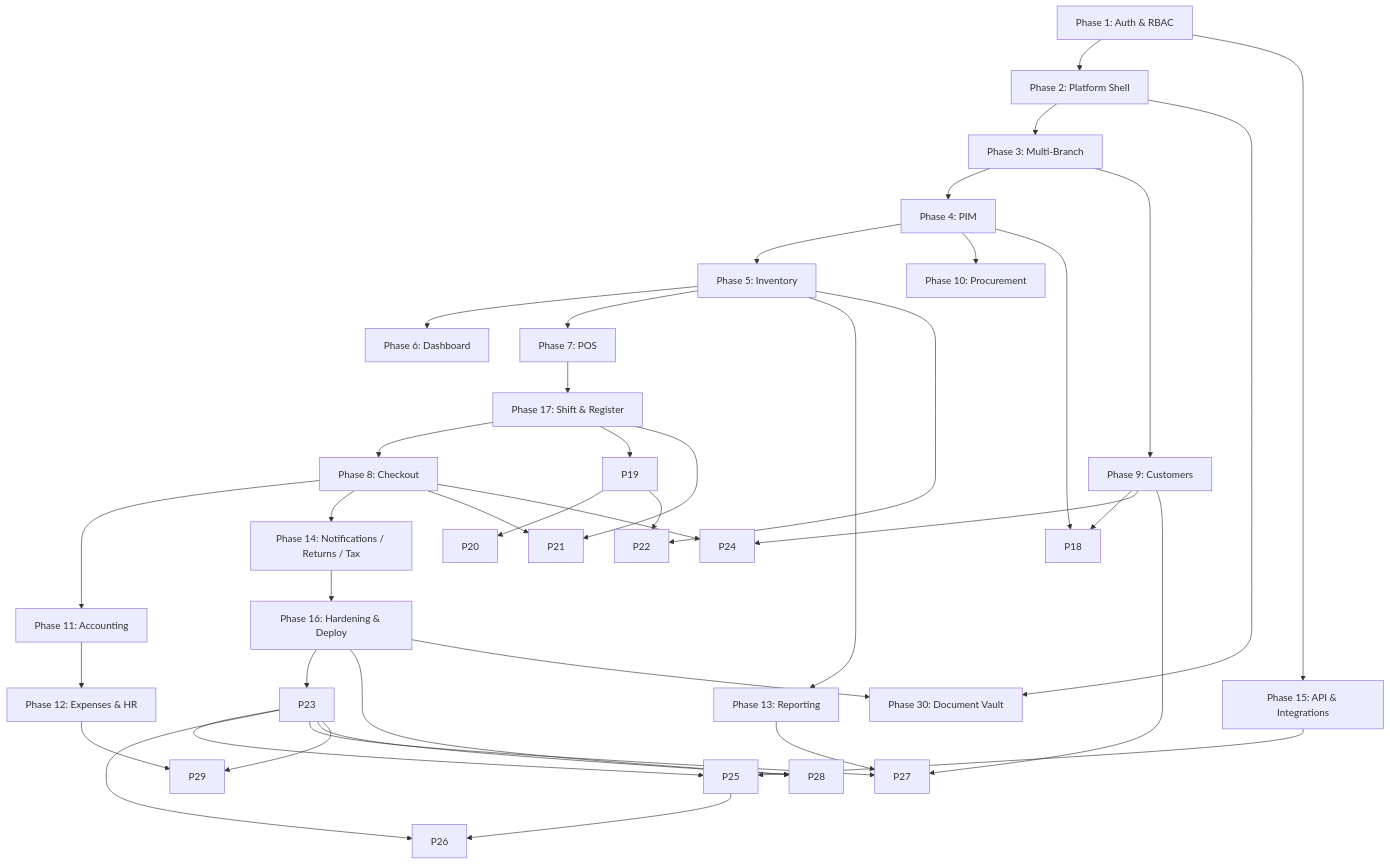
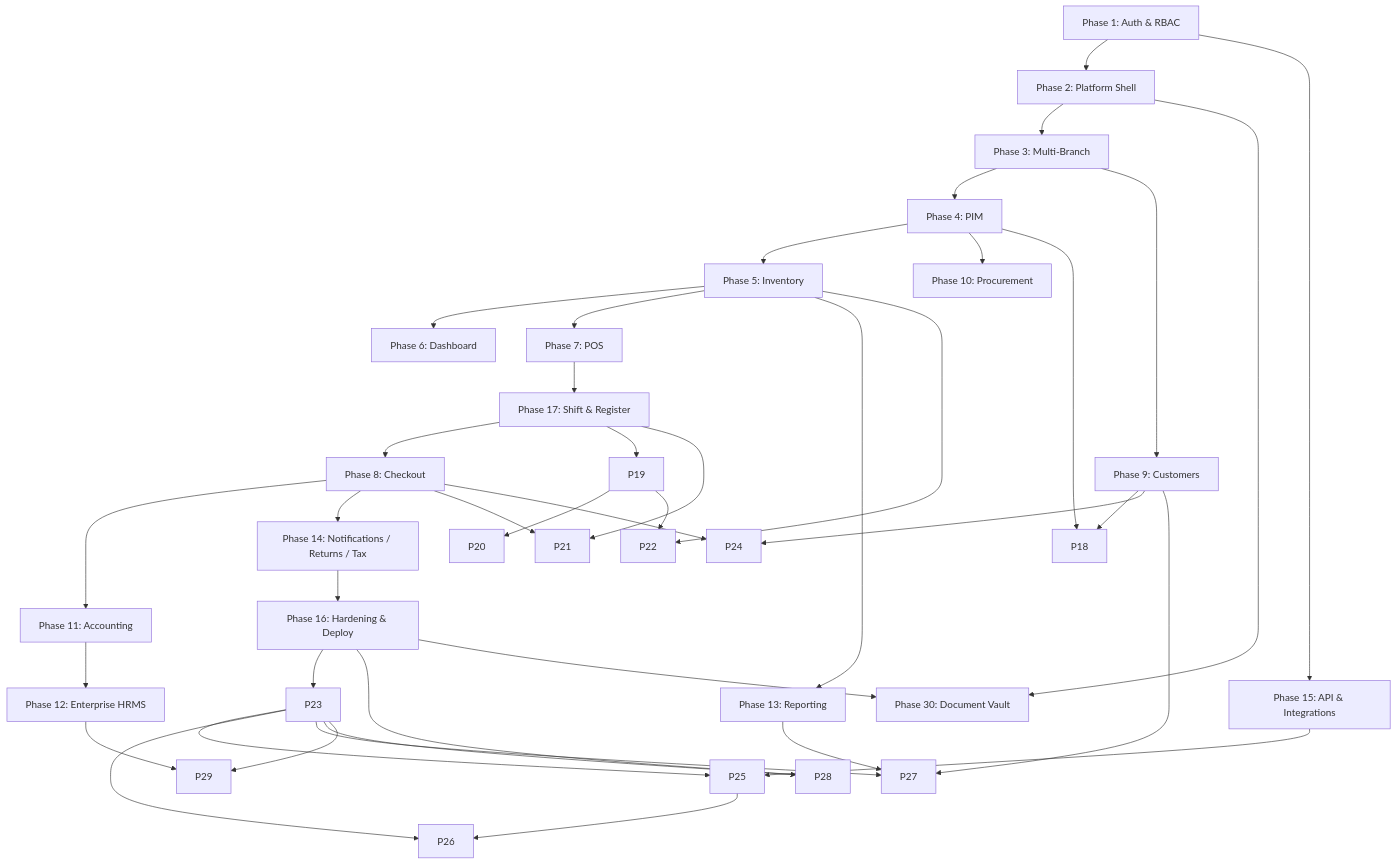
The diagram in docs/phases/README.md (Mohammad-Arslan/retailpulse), drawn with Mermaid before and after one commit. The commit also changed other lines of this file and 43 other files, not shown here.

````diff
--- a/docs/phases/README.md
+++ b/docs/phases/README.md
@@ -42,63 +42,63 @@
 ```mermaid
 flowchart TD
     P1[Phase 1: Auth & RBAC]
     P2[Phase 2: Platform Shell]
     P3[Phase 3: Multi-Branch]
     P4[Phase 4: PIM]
     P5[Phase 5: Inventory]
     P6[Phase 6: Dashboard]
     P7[Phase 7: POS]
     P17[Phase 17: Shift & Register]
     P8[Phase 8: Checkout]
     P9[Phase 9: Customers]
     P10[Phase 10: Procurement]
     P11[Phase 11: Accounting]
-    P12[Phase 12: Expenses & HR]
+    P12[Phase 12: Enterprise HRMS]
     P13[Phase 13: Reporting]
     P14[Phase 14: Notifications / Returns / Tax]
     P15[Phase 15: API & Integrations]
     P16[Phase 16: Hardening & Deploy]
     P30[Phase 30: Document Vault]
 
     P1 --> P2
     P2 --> P3
     P3 --> P4
     P4 --> P5
     P5 --> P6
     P5 --> P7
     P7 --> P17
     P17 --> P8
     P3 --> P9
     P4 --> P10
     P8 --> P11
     P11 --> P12
     P5 --> P13
     P8 --> P14
     P1 --> P15
     P14 --> P16
 
     P17 --> P19
     P4  --> P18
     P9  --> P18
     P19 --> P20
     P5  --> P22
     P19 --> P22
     P8  --> P21
     P17 --> P21
     P16 --> P23
     P9  --> P24
     P8  --> P24
     P15 --> P25
     P23 --> P25
     P23 --> P26
     P25 --> P26
     P13 --> P27
     P9  --> P27
     P23 --> P27
     P16 --> P28
     P23 --> P28
     P12 --> P29
     P23 --> P29
     P2  --> P30
     P16 --> P30
 ```
````
